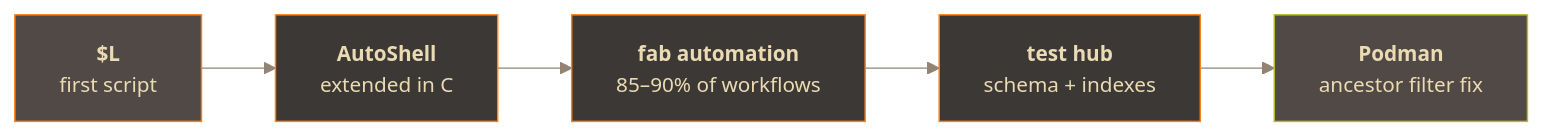
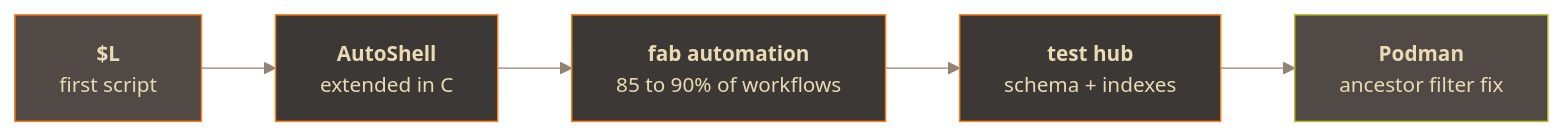
One commit to ZaidMarwat/ZaidMarwat changed the diagram in README.md. Above: the diagram before and after it, drawn with Mermaid. The commit also changed other lines of this file, not shown here.

````diff
--- a/README.md
+++ b/README.md
@@ -32,13 +32,13 @@
 ```mermaid
 %%{init: {'theme':'base','themeVariables':{
   'primaryColor':'#3c3836','primaryTextColor':'#ebdbb2','primaryBorderColor':'#fe8019',
   'lineColor':'#928374','fontFamily':'ui-monospace, monospace','fontSize':'14px'}}}%%
 flowchart LR
     A["<b>$L</b><br/>first script"] --> B["<b>AutoShell</b><br/>extended in C"]
-    B --> C["<b>fab automation</b><br/>85–90% of workflows"]
+    B --> C["<b>fab automation</b><br/>85 to 90% of workflows"]
     C --> D["<b>test hub</b><br/>schema + indexes"]
     D --> E["<b>Podman</b><br/>ancestor filter fix"]
     style A fill:#504945,stroke:#fe8019,color:#ebdbb2
     style E fill:#504945,stroke:#b8bb26,color:#ebdbb2
     click A "https://github.com/ZaidMarwat/L" "the first program, rebuilt"
 ```
````
